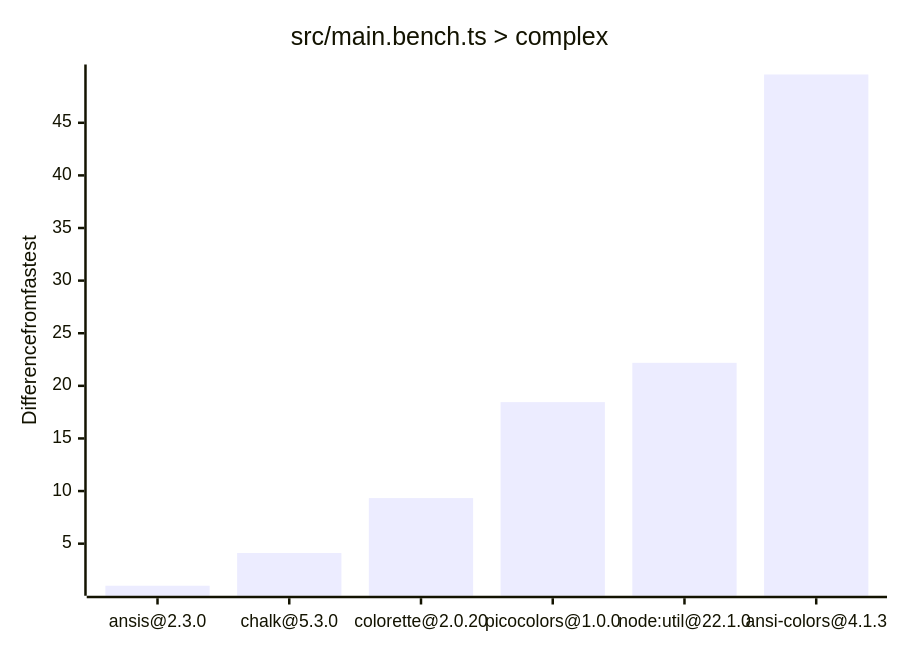
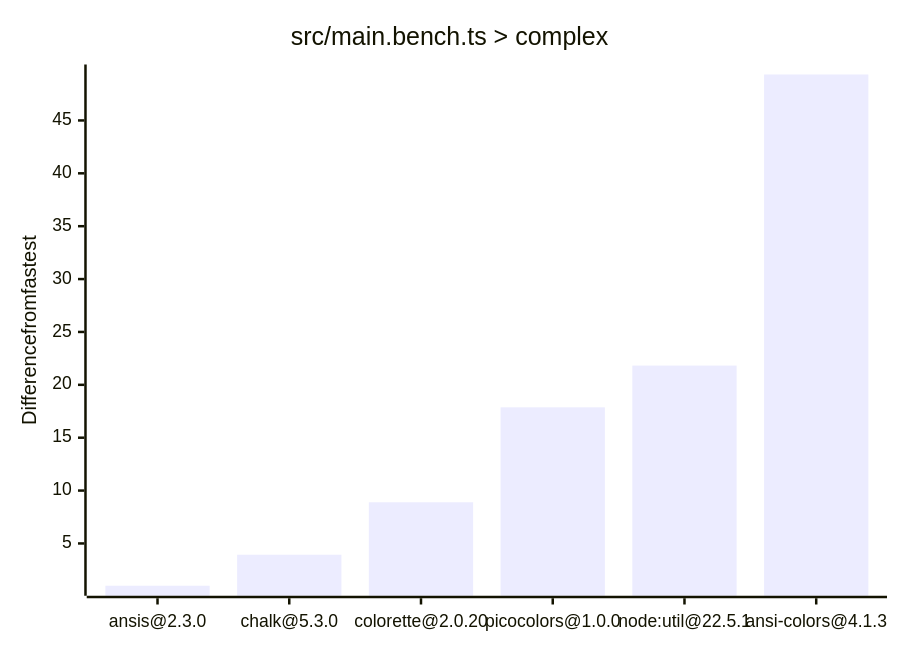
The fourth of 4 diagrams in README.md (beeequeue/node-cli-colors-benchmark), drawn with Mermaid before and after one commit. The commit also changed other lines of this file, not shown here.

Commit message:
Update graphs

````diff
--- a/README.md
+++ b/README.md
@@ -41,7 +41,7 @@
 ```mermaid
 xychart-beta
   title "src/main.bench.ts > complex"
-  x-axis ["ansis@2.3.0", "chalk@5.3.0", "colorette@2.0.20", "picocolors@1.0.0", "node:util@22.1.0", "ansi-colors@4.1.3"]
+  x-axis ["ansis@2.3.0", "chalk@5.3.0", "colorette@2.0.20", "picocolors@1.0.0", "node:util@22.5.1", "ansi-colors@4.1.3"]
   y-axis Difference from fastest
-  bar [1.0000, 4.1101, 9.3336, 18.4526, 22.1868, 49.5891]
+  bar [1.0000, 3.9320, 8.8911, 17.8708, 21.8199, 49.3448]
 ```
````
